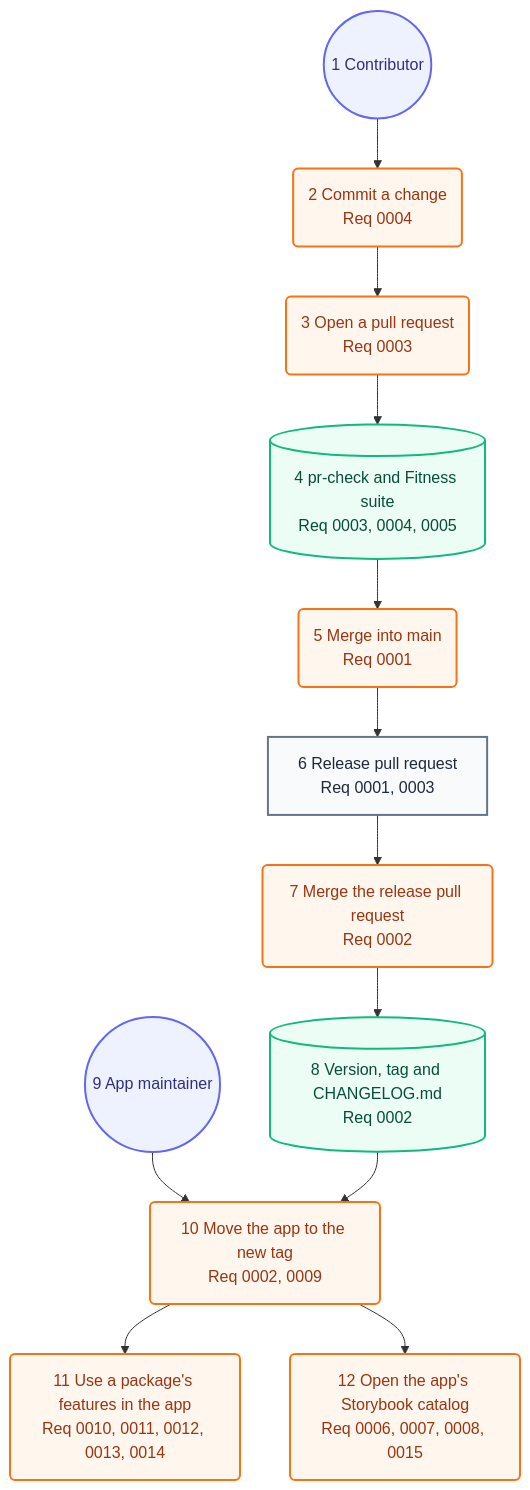
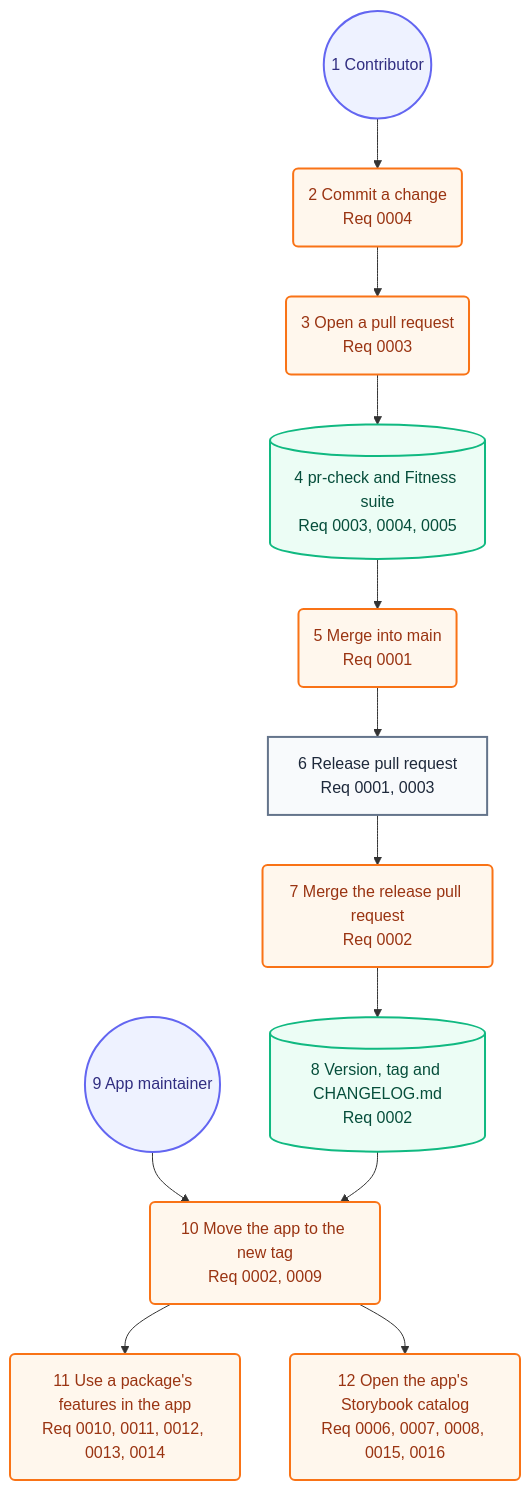
The second of 2 diagrams in docs/architecture/05-user-journey.md (may-journal/common-swift), drawn with Mermaid before and after one commit. The commit also changed 10 other files, not shown here.

First line of the commit message:
feat(storybook): leave the catalog's own files out of the coverage map (#58)

````diff
--- a/docs/architecture/05-user-journey.md
+++ b/docs/architecture/05-user-journey.md
@@ -33,32 +33,32 @@
 ```mermaid
 flowchart TB
     contributor((1 Contributor)):::persona
     commit(2 Commit a change<br/>Req 0004):::action
     open(3 Open a pull request<br/>Req 0003):::action
     checks[(4 pr-check and Fitness suite<br/>Req 0003, 0004, 0005)]:::system
     merge(5 Merge into main<br/>Req 0001):::action
     releasePR[6 Release pull request<br/>Req 0001, 0003]:::screen
     release(7 Merge the release pull request<br/>Req 0002):::action
     tag[(8 Version, tag and CHANGELOG.md<br/>Req 0002)]:::system
     maintainer((9 App maintainer)):::persona
     update(10 Move the app to the new tag<br/>Req 0002, 0009):::action
     adopt(11 Use a package's features in the app<br/>Req 0010, 0011, 0012, 0013, 0014):::action
-    storybook(12 Open the app's Storybook catalog<br/>Req 0006, 0007, 0008, 0015):::action
+    storybook(12 Open the app's Storybook catalog<br/>Req 0006, 0007, 0008, 0015, 0016):::action
 
     contributor --> commit
     commit --> open
     open --> checks
     checks --> merge
     merge --> releasePR
     releasePR --> release
     release --> tag
     maintainer --> update
     tag --> update
     update --> adopt
     update --> storybook
 
     classDef persona fill:#eef2ff,stroke:#6366f1,color:#312e81,stroke-width:2px
     classDef screen fill:#f8fafc,stroke:#64748b,color:#1e293b,stroke-width:2px
     classDef action fill:#fff7ed,stroke:#f97316,color:#9a3412,stroke-width:2px
     classDef system fill:#ecfdf5,stroke:#10b981,color:#064e3b,stroke-width:2px
 ```
````
